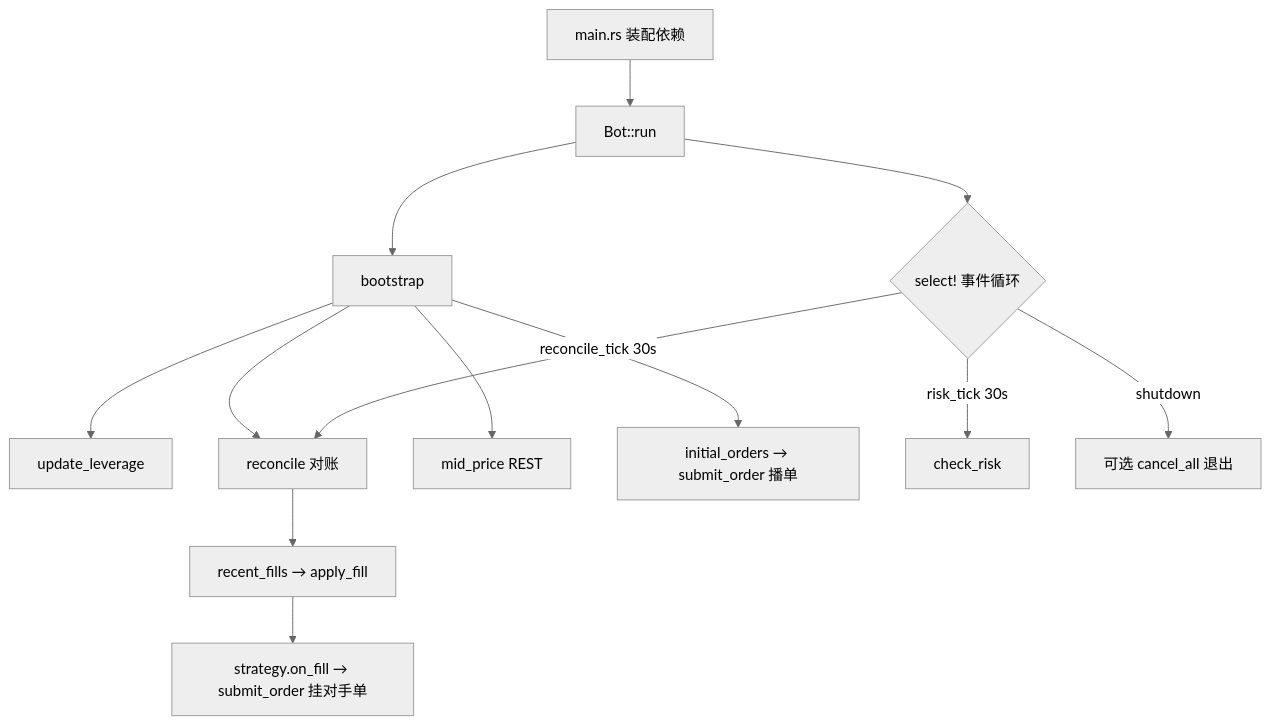
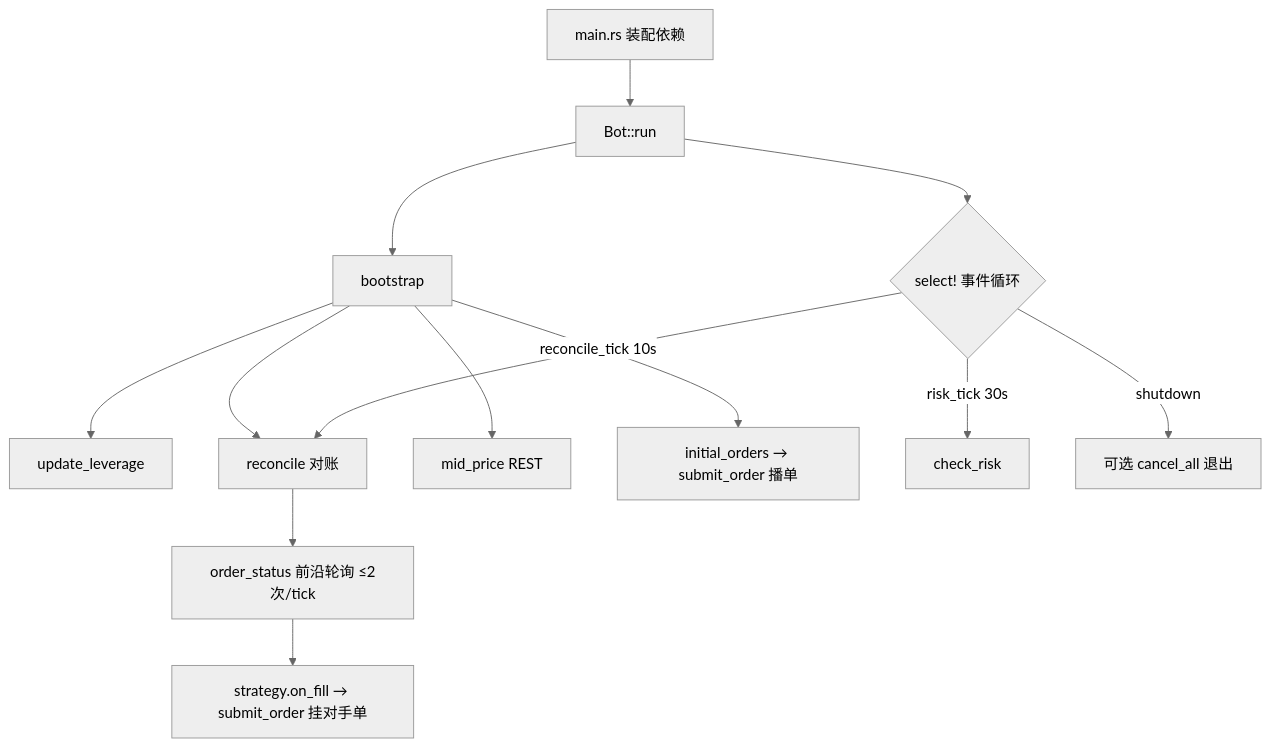
Before and after one commit to dafsic/hyperbot: the diagram in AGENTS.md, drawn with Mermaid (neutral theme). The commit also changed other lines of this file and 10 other files, not shown here.

Commit message:
chore: order status

````diff
--- a/AGENTS.md
+++ b/AGENTS.md
@@ -23,15 +23,15 @@
 ```mermaid
 flowchart TD
     A[main.rs 装配依赖] --> B[Bot::run]
     B --> C[bootstrap]
     C --> C1[update_leverage]
     C --> C2[reconcile 对账]
     C --> C3[mid_price REST]
     C --> C4[initial_orders → submit_order 播单]
     B --> E{select! 事件循环}
-    E -->|reconcile_tick 30s| C2
+    E -->|reconcile_tick 10s| C2
     E -->|risk_tick 30s| G[check_risk]
     E -->|shutdown| H[可选 cancel_all 退出]
-    C2 --> F[recent_fills → apply_fill]
+    C2 --> F[order_status 前沿轮询 ≤2次/tick]
     F --> I[strategy.on_fill → submit_order 挂对手单]
 ```
````
